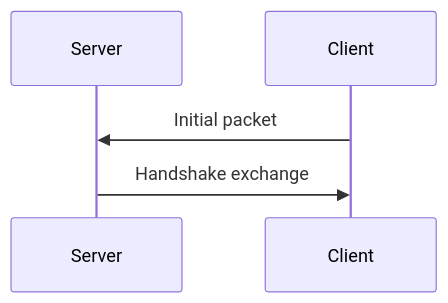
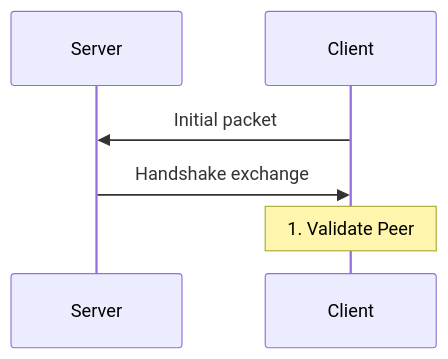
One commit to BehavioML/specifications changed the diagram in examples/quic/generated/mermaid/workflow-sequence-server-accept_connection.mmd. Above: the diagram before and after it, drawn with Mermaid. The commit also changed 9 other files, not shown here.

Commit message:
Regenerate Mermaid diagrams with expanded uses (#19)

```diff
--- a/examples/quic/generated/mermaid/workflow-sequence-server-accept_connection.mmd
+++ b/examples/quic/generated/mermaid/workflow-sequence-server-accept_connection.mmd
@@ -1,6 +1,7 @@
 sequenceDiagram
   participant server as Server
   participant client as Client
 
   client->>server: Initial packet
   server->>client: Handshake exchange
+  Note over client: 1. Validate Peer
```
